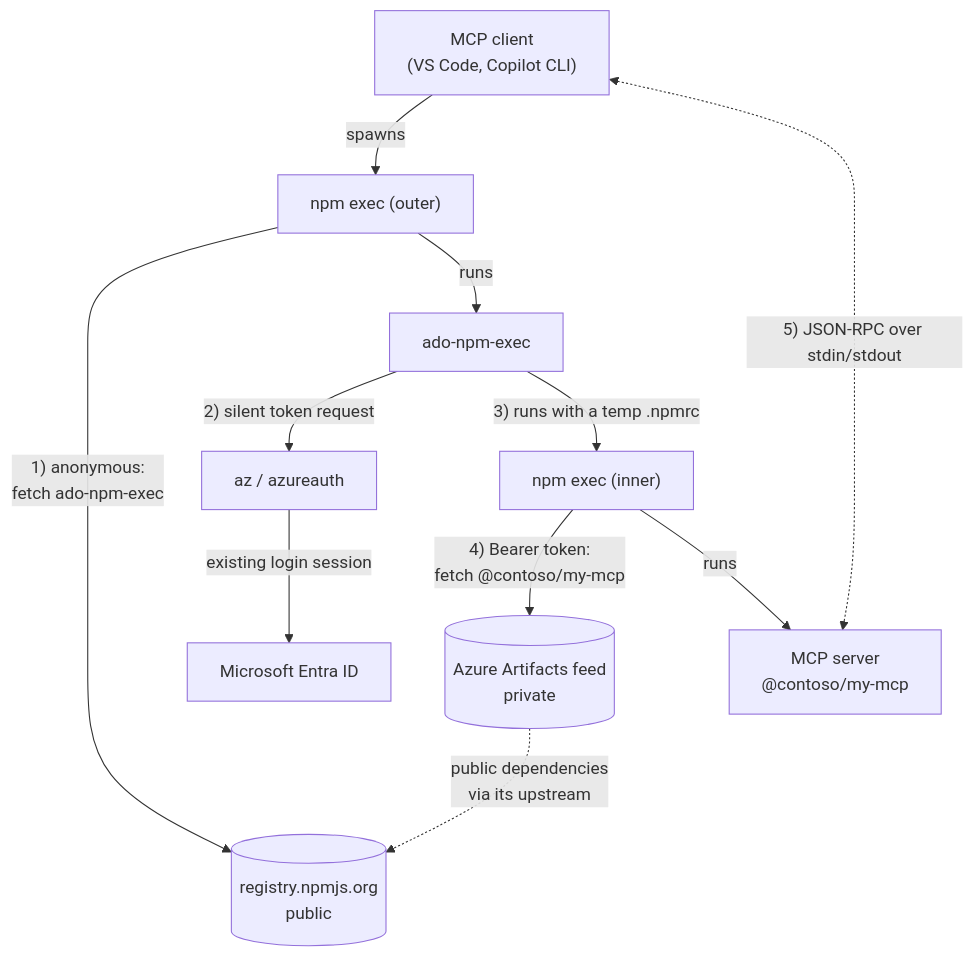
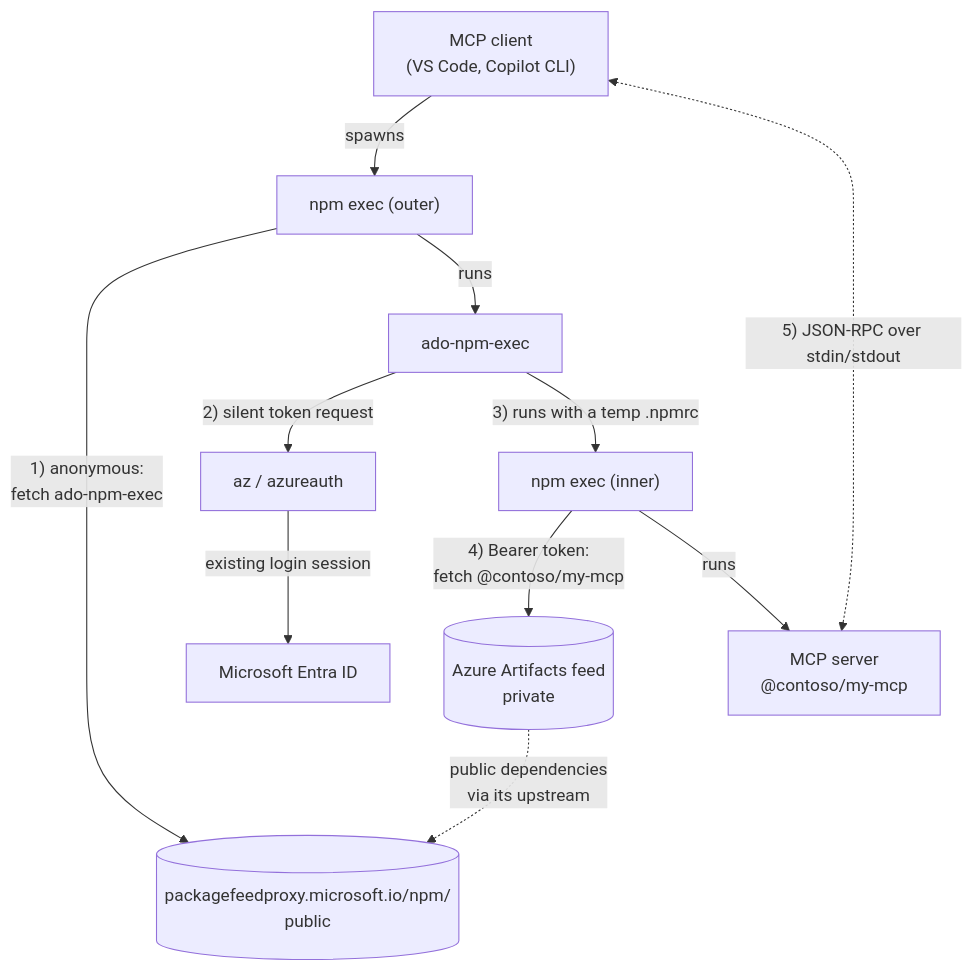
Before and after one commit to nodkz/ado-npm-exec: the first of 2 diagrams in README.md, drawn with Mermaid. The commit also changed other lines of this file, not shown here.

First line of the commit message:
Show the Microsoft npm proxy as the public registry in the diagrams

````diff
--- a/README.md
+++ b/README.md
@@ -25,23 +26,23 @@
 ```mermaid
 flowchart TB
     client["MCP client<br/>(VS Code, Copilot CLI)"]
     outer["npm exec (outer)"]
     ane["ado-npm-exec"]
     az["az / azureauth"]
     inner["npm exec (inner)"]
     server["MCP server<br/>@contoso/my-mcp"]
-    npmjs[("registry.npmjs.org<br/>public")]
+    npmjs[("packagefeedproxy.microsoft.io/npm/<br/>public")]
     entra["Microsoft Entra ID"]
     feed[("Azure Artifacts feed<br/>private")]
 
     client -- spawns --> outer
     outer -- "1) anonymous:<br/>fetch ado-npm-exec" --> npmjs
     outer -- runs --> ane
     ane -- "2) silent token request" --> az
     az -- "existing login session" --> entra
     ane -- "3) runs with a temp .npmrc" --> inner
     inner -- "4) Bearer token:<br/>fetch @contoso/my-mcp" --> feed
     feed -. "public dependencies<br/>via its upstream" .-> npmjs
     inner -- runs --> server
     client <-. "5) JSON-RPC over stdin/stdout" .-> server
 ```
````
